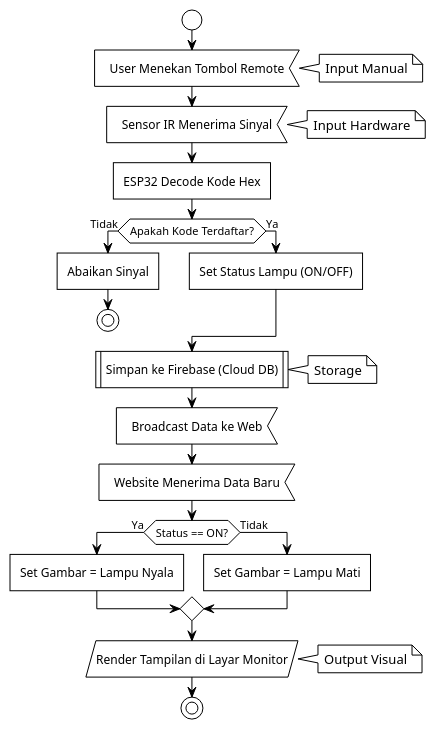
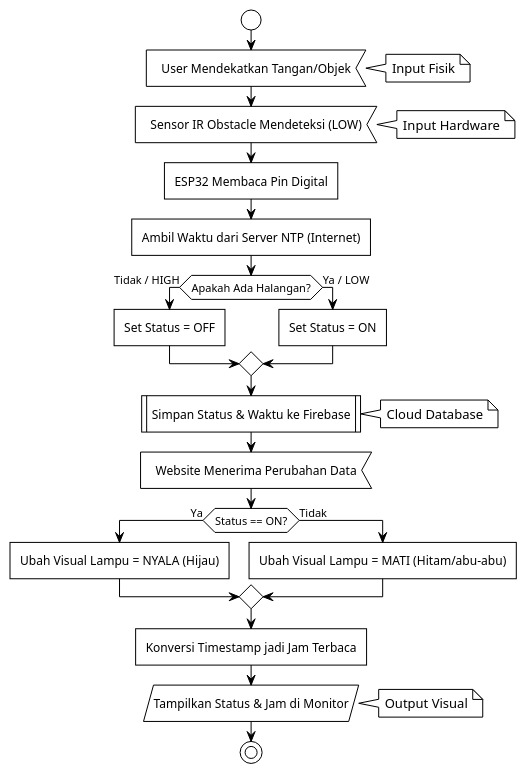
The diagram in UML/FlowChartUser.puml (C-PPAW-TI503P-2025/PROJECT_Kelompok7_INFRARED), drawn with PlantUML before and after one commit. The commit also changed 7 other files, not shown here.

Commit message:
Memperbaiki diagram UML agar lebih jelas dan akurat, termasuk memperbarui diagram alur, diagram kelas, dan ERD untuk mencerminkan perubahan input pengguna dan interaksi sistem.

```diff
--- a/UML/FlowChartUser.puml
+++ b/UML/FlowChartUser.puml
@@ -1,58 +1,65 @@
 @startuml
 !theme plain
 skinparam defaultTextAlignment center
 
-' --- DEFINISI SIMBOL AGAR SESUAI STANDAR ---
+' --- DEFINISI STYLE ---
 skinparam activity {
     BackgroundColor White
     BorderColor Black
     ArrowColor Black
     FontName Arial
 }
 
 start
 
-' Simbol Jajar Genjang = INPUT
-:User Menekan Tombol Remote<
-note right: Input Manual
+' === BAGIAN HARDWARE (ESP32) ===
 
 ' Simbol Jajar Genjang = INPUT
-:Sensor IR Menerima Sinyal<
+:User Mendekatkan Tangan/Objek<
+note right: Input Fisik
+
+' Simbol Jajar Genjang = INPUT
+:Sensor IR Obstacle Mendeteksi (LOW)<
 note right: Input Hardware
 
 ' Simbol Persegi = PROSES
-:ESP32 Decode Kode Hex]
+:ESP32 Membaca Pin Digital]
+
+' Simbol Persegi = PROSES (Baru: Ambil Jam)
+:Ambil Waktu dari Server NTP (Internet)]
 
 ' Simbol Belah Ketupat = DECISION
-if (Apakah Kode Terdaftar?) then (Tidak)
-    :Abaikan Sinyal]
-    stop
-else (Ya)
+if (Apakah Ada Halangan?) then (Tidak / HIGH)
     ' Simbol Persegi = PROSES
-    :Set Status Lampu (ON/OFF)]
+    :Set Status = OFF]
+else (Ya / LOW)
+    ' Simbol Persegi = PROSES
+    :Set Status = ON]
 endif
 
 ' Simbol Tabung = DATABASE
-:Simpan ke Firebase (Cloud DB)|
-note right: Storage
+:Simpan Status & Waktu ke Firebase|
+note right: Cloud Database
 
-' Simbol Jajar Genjang = OUTPUT (Kirim Data)
-:Broadcast Data ke Web<
+' === BAGIAN WEBSITE (SOFTWARE) ===
 
 ' Simbol Jajar Genjang = INPUT (Web Menerima)
-:Website Menerima Data Baru<
+:Website Menerima Perubahan Data<
 
 ' Simbol Belah Ketupat = DECISION
 if (Status == ON?) then (Ya)
     ' Simbol Persegi = PROSES
-    :Set Gambar = Lampu Nyala]
+    :Ubah Visual Lampu = NYALA (Hijau)]
 else (Tidak)
-    :Set Gambar = Lampu Mati]
+    :Ubah Visual Lampu = MATI (Hitam/abu-abu)]
 endif
 
+' Simbol Persegi = PROSES
+:Konversi Timestamp jadi Jam Terbaca]
+
 ' Simbol Jajar Genjang = OUTPUT (Tampilan)
-:Render Tampilan di Layar Monitor/
+:Tampilkan Status & Jam di Monitor/
 note right: Output Visual
 
 stop
 @enduml
```
